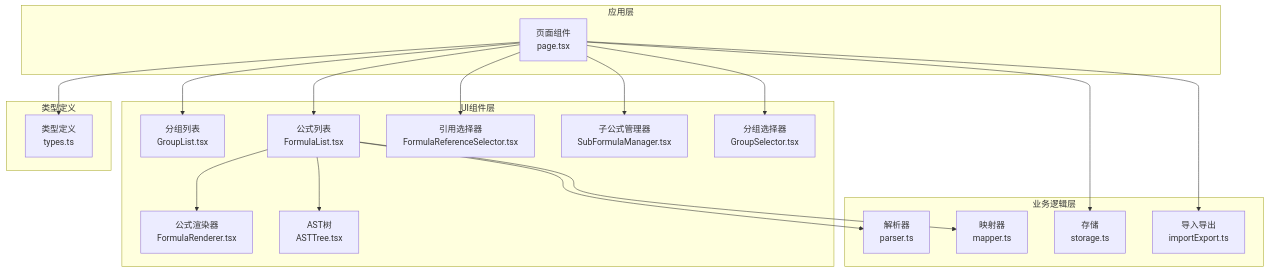
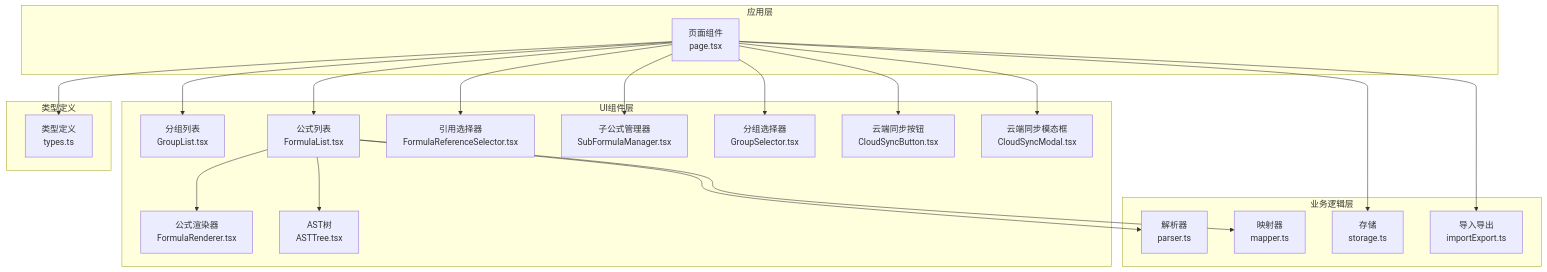
One commit to steveyu2/formula-mapper changed the first of 5 diagrams in .qoder/repowiki/zh/content/用户指南/用户指南.md. Above: the diagram before and after it, drawn with Mermaid. The commit also changed other lines of this file and 7 other files, not shown here.

````diff
--- a/.qoder/repowiki/zh/content/用户指南/用户指南.md
+++ b/.qoder/repowiki/zh/content/用户指南/用户指南.md
@@ -50,36 +53,40 @@
 ```mermaid
 graph TB
 subgraph "应用层"
 Page["页面组件<br/>page.tsx"]
 end
 subgraph "UI组件层"
 GL["分组列表<br/>GroupList.tsx"]
 FL["公式列表<br/>FormulaList.tsx"]
 FR["公式渲染器<br/>FormulaRenderer.tsx"]
 AT["AST树<br/>ASTTree.tsx"]
 FRS["引用选择器<br/>FormulaReferenceSelector.tsx"]
 SFM["子公式管理器<br/>SubFormulaManager.tsx"]
 GS["分组选择器<br/>GroupSelector.tsx"]
+CSB["云端同步按钮<br/>CloudSyncButton.tsx"]
+CSM["云端同步模态框<br/>CloudSyncModal.tsx"]
 end
 subgraph "业务逻辑层"
 PARSER["解析器<br/>parser.ts"]
 MAPPER["映射器<br/>mapper.ts"]
 STORAGE["存储<br/>storage.ts"]
 IMPORT_EXPORT["导入导出<br/>importExport.ts"]
 end
 subgraph "类型定义"
 TYPES["类型定义<br/>types.ts"]
 end
 Page --> GL
 Page --> FL
 Page --> FRS
 Page --> SFM
 Page --> GS
+Page --> CSB
+Page --> CSM
 FL --> FR
 FL --> AT
 FL --> PARSER
 FL --> MAPPER
 Page --> STORAGE
 Page --> IMPORT_EXPORT
 Page --> TYPES
 ```
````
